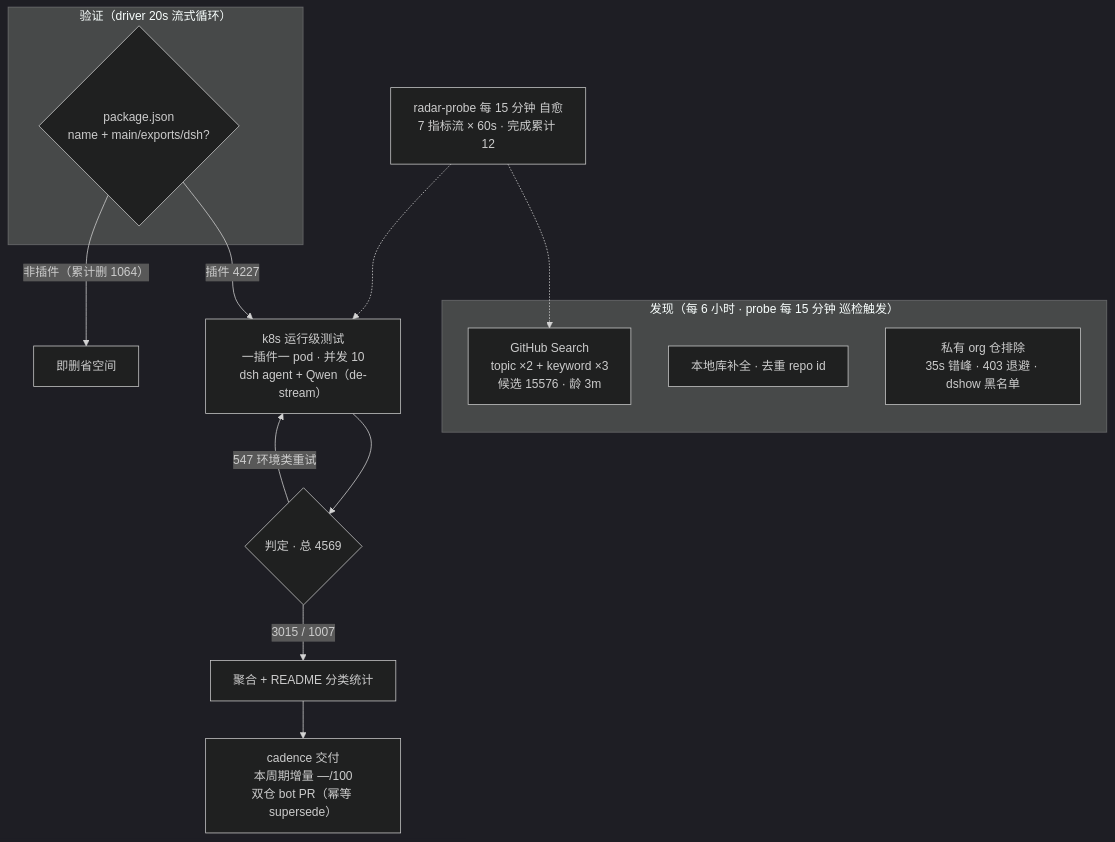
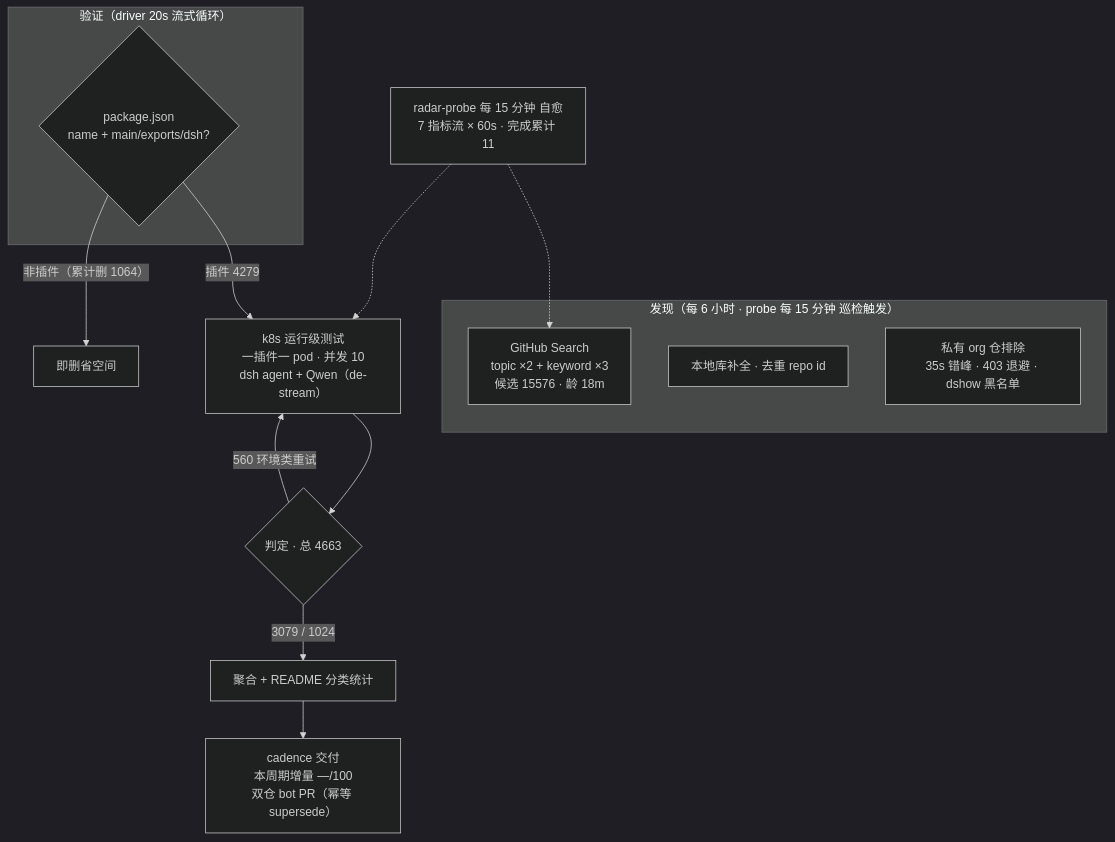
One commit to Zhidao-Lab-OSS/awesome-dsh-plugins changed the diagram in README.md. Above: the diagram before and after it, drawn with Mermaid (dark theme). The commit also changed other lines of this file and 1 other file, not shown here.

````diff
--- a/README.md
+++ b/README.md
@@ -37,20 +37,20 @@
 ```mermaid
 flowchart TB
     subgraph Discovery["发现（每 6 小时 · probe 每 15 分钟 巡检触发）"]
-        A1["GitHub Search<br/>topic ×2 + keyword ×3<br/>候选 15576 · 龄 3m"]
+        A1["GitHub Search<br/>topic ×2 + keyword ×3<br/>候选 15576 · 龄 18m"]
         A2["本地库补全 · 去重 repo id"]
         A3["私有 org 仓排除<br/>35s 错峰 · 403 退避 · dshow 黑名单"]
     end
     subgraph Validation["验证（driver 20s 流式循环）"]
         B1{"package.json<br/>name + main/exports/dsh?"}
     end
-    B1 -->|"插件 4227"| C1["k8s 运行级测试<br/>一插件一 pod · 并发 10<br/>dsh agent + Qwen（de-stream）"]
+    B1 -->|"插件 4279"| C1["k8s 运行级测试<br/>一插件一 pod · 并发 10<br/>dsh agent + Qwen（de-stream）"]
     B1 -->|"非插件（累计删 1064）"| B3["即删省空间"]
-    C1 --> D1{"判定 · 总 4569"}
-    D1 -->|"3015 / 1007"| E1["聚合 + README 分类统计"]
-    D1 -->|"547 环境类重试"| C1
+    C1 --> D1{"判定 · 总 4663"}
+    D1 -->|"3079 / 1024"| E1["聚合 + README 分类统计"]
+    D1 -->|"560 环境类重试"| C1
     E1 --> E2["cadence 交付<br/>本周期增量 —/100<br/>双仓 bot PR（幂等 supersede）"]
-    M["radar-probe 每 15 分钟 自愈<br/>7 指标流 × 60s · 完成累计 12"]
+    M["radar-probe 每 15 分钟 自愈<br/>7 指标流 × 60s · 完成累计 11"]
     M -.-> A1
     M -.-> C1
 ```
````
